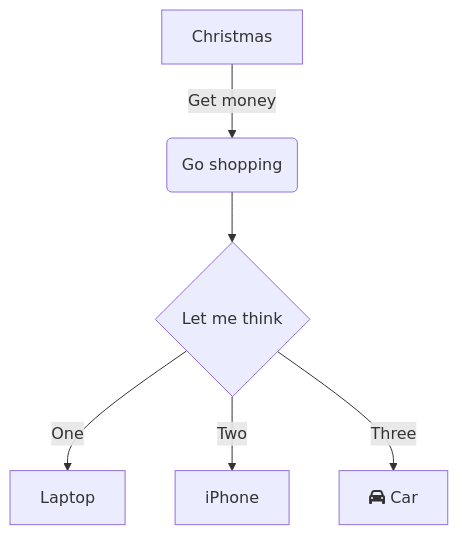
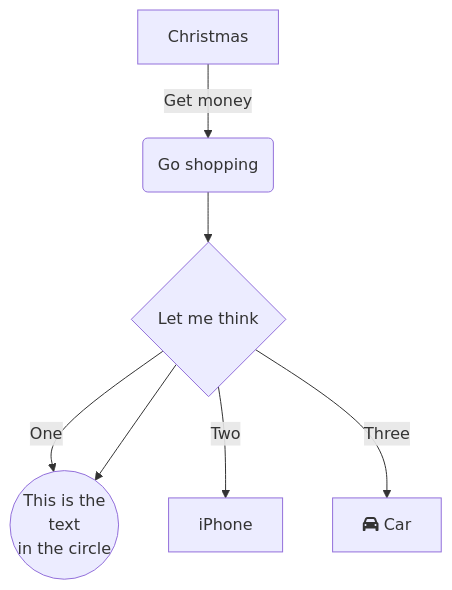
One commit to Erhai-lake/elake-docs changed the diagram in Test/mermaid图表.md. Above: the diagram before and after it, drawn with Mermaid. The commit also changed 5 other files, not shown here.

````diff
--- a/Test/mermaid图表.md
+++ b/Test/mermaid图表.md
@@ -3,8 +3,9 @@
 ```mermaid
 flowchart TD
     A[Christmas] -->|Get money| B(Go shopping)
     B --> C{Let me think}
     C -->|One| D[Laptop]
     C -->|Two| E[iPhone]
     C -->|Three| F[fa:fa-car Car]
+    C --> D((This is the <br  />text<br  /> in the circle))
 ```
````
